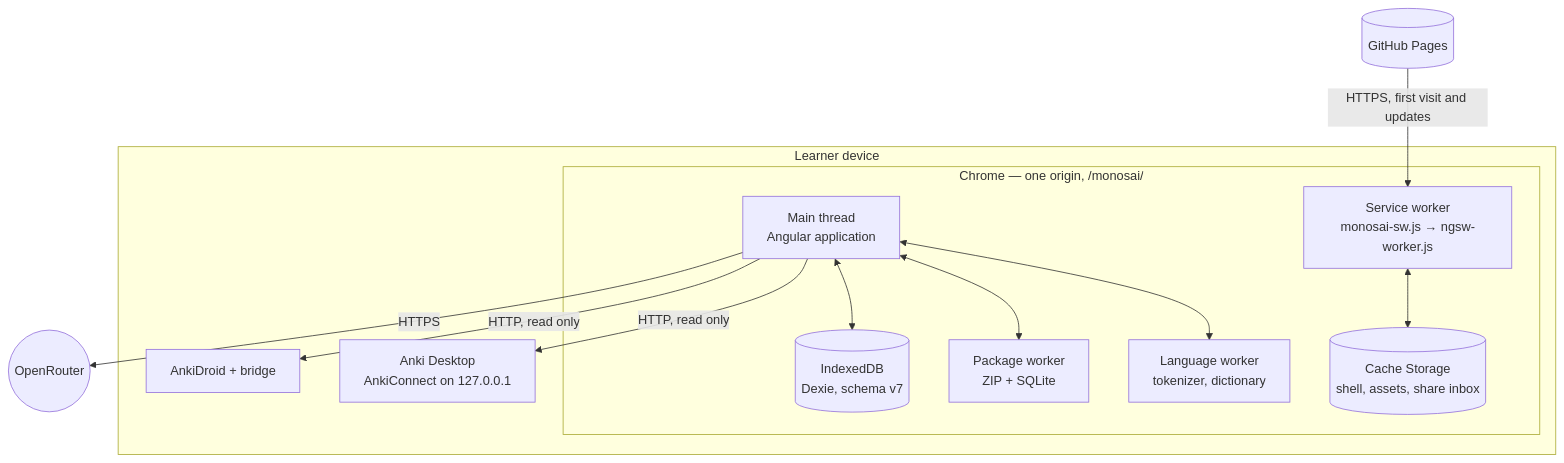
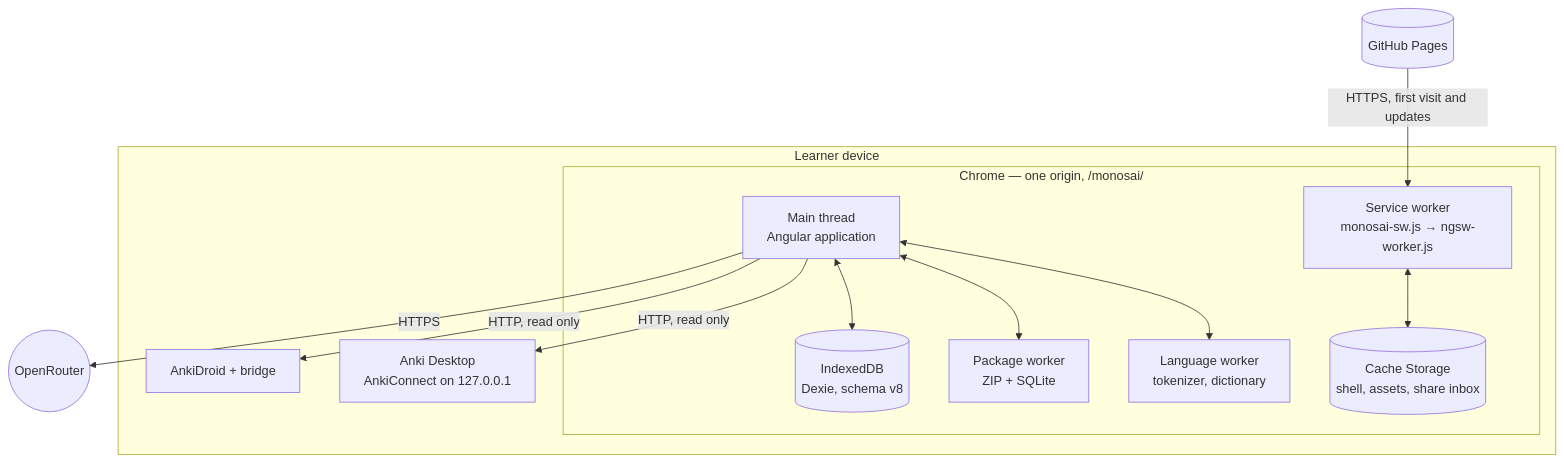
One commit to tobiaslrn/monosai changed the first of 2 diagrams in docs/arc42/07-deployment-view.md. Above: the diagram before and after it, drawn with Mermaid. The commit also changed 42 other files, not shown here.

````diff
--- a/docs/arc42/07-deployment-view.md
+++ b/docs/arc42/07-deployment-view.md
@@ -8,26 +8,26 @@
 ```mermaid
 flowchart TB
     subgraph device["Learner device"]
         subgraph browser["Chrome — one origin, /monosai/"]
             main["Main thread<br/>Angular application"]
             lw["Language worker<br/>tokenizer, dictionary"]
             pw["Package worker<br/>ZIP + SQLite"]
             sw["Service worker<br/>monosai-sw.js → ngsw-worker.js"]
-            idb[("IndexedDB<br/>Dexie, schema v7")]
+            idb[("IndexedDB<br/>Dexie, schema v8")]
             cs[("Cache Storage<br/>shell, assets, share inbox")]
         end
         anki["Anki Desktop<br/>AnkiConnect on 127.0.0.1"]
         droid["AnkiDroid + bridge"]
     end
     pages[("GitHub Pages")]
     or(("OpenRouter"))
 
     pages -->|HTTPS, first visit and updates| sw
     main <--> lw
     main <--> pw
     main <--> idb
     sw <--> cs
     main -->|HTTP, read only| anki
     main -->|HTTP, read only| droid
     main -->|HTTPS| or
 ```
````
